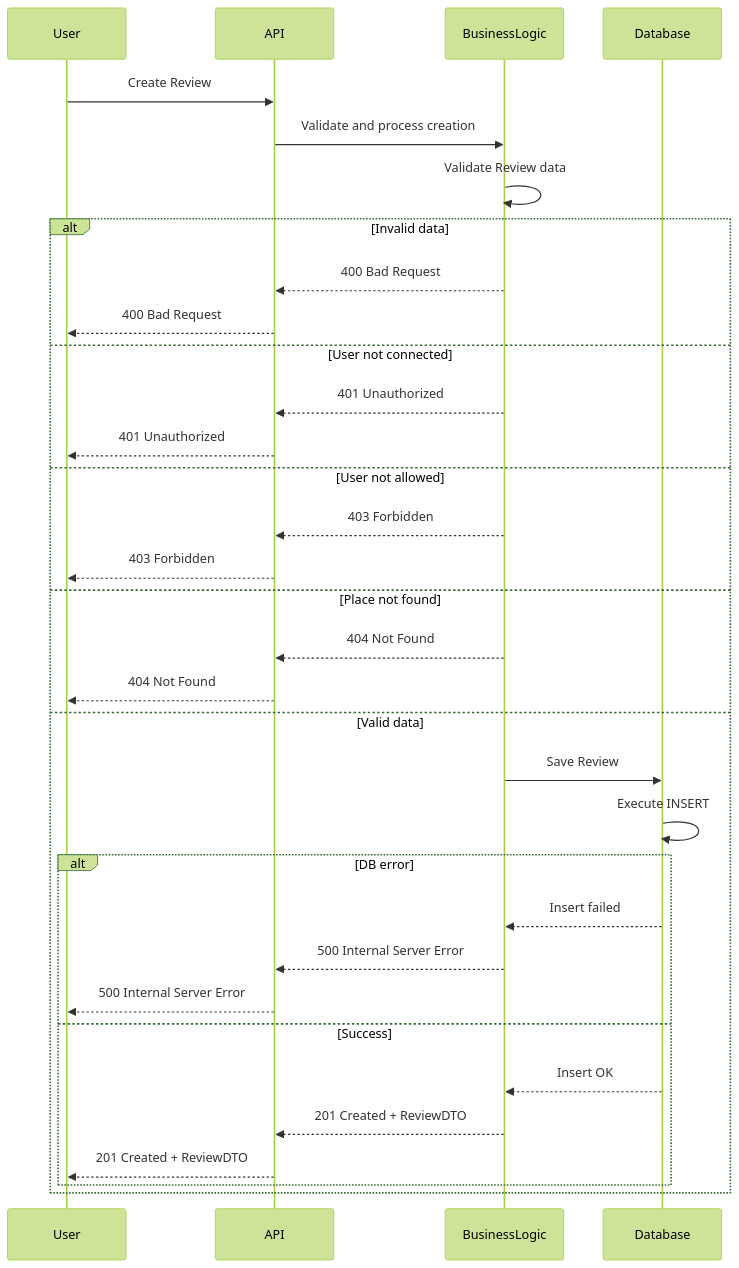
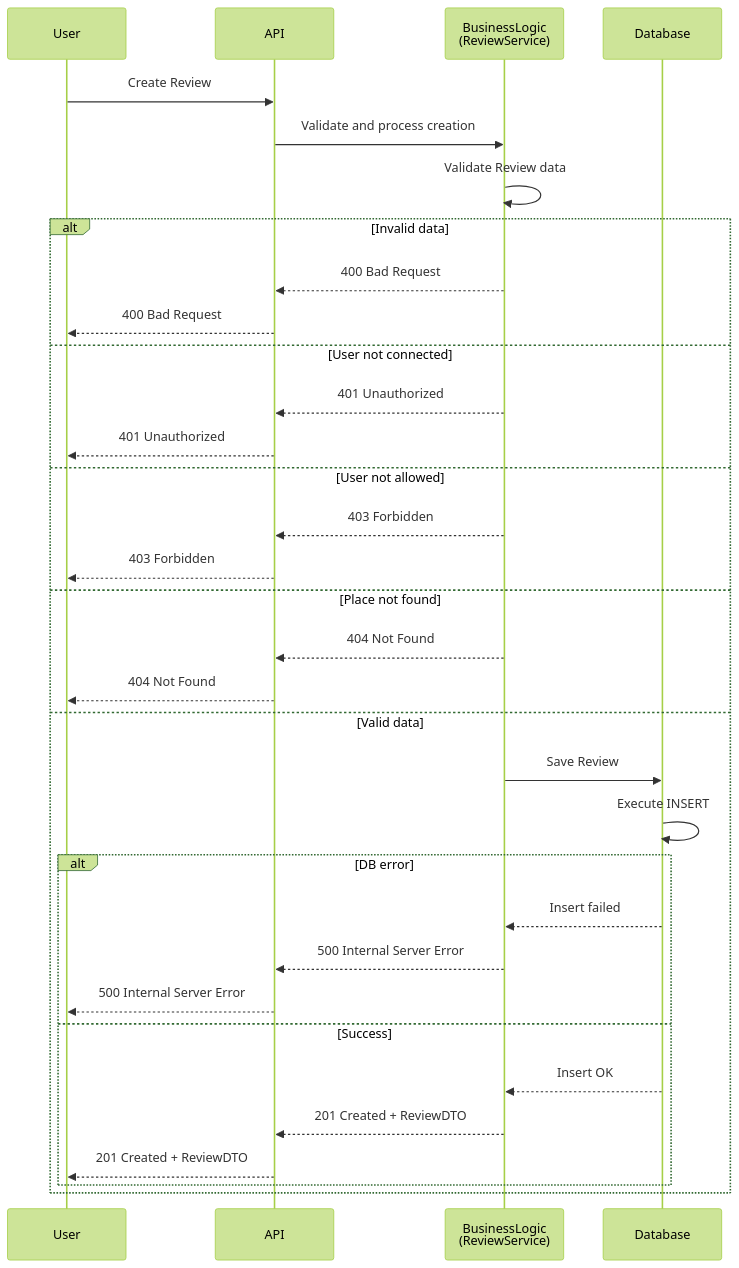
The third of 4 diagrams in part1/SequenceDiagrams.md (AdeleM-prog/holbertonschool-hbnb), drawn with Mermaid (forest theme) before and after one commit. The commit also changed other lines of this file, not shown here.

Commit message:
Refactor sequence diagrams for clarity and consistency

````diff
--- a/part1/SequenceDiagrams.md
+++ b/part1/SequenceDiagrams.md
@@ -125,43 +125,43 @@
 ```mermaid
 sequenceDiagram
 participant User
 participant API
-participant BusinessLogic
-participant Database
+participant BL as BusinessLogic<br/>(ReviewService)
+participant DB as Database
 
 User->>API: Create Review
-API->>BusinessLogic: Validate and process creation
-BusinessLogic->>BusinessLogic: Validate Review data
+API->>BL: Validate and process creation
+BL->>BL: Validate Review data
 
 alt Invalid data
-    BusinessLogic-->>API: 400 Bad Request
+    BL-->>API: 400 Bad Request
     API-->>User: 400 Bad Request
 
 else User not connected
-    BusinessLogic-->>API: 401 Unauthorized
+    BL-->>API: 401 Unauthorized
     API-->>User: 401 Unauthorized
 
 else User not allowed
-    BusinessLogic-->>API: 403 Forbidden
+    BL-->>API: 403 Forbidden
     API-->>User: 403 Forbidden
 
 else Place not found
-    BusinessLogic-->>API: 404 Not Found
+    BL-->>API: 404 Not Found
     API-->>User: 404 Not Found
 
 else Valid data
-    BusinessLogic->>Database: Save Review
-    Database->>Database: Execute INSERT
+    BL->>DB: Save Review
+    DB->>DB: Execute INSERT
 
     alt DB error
-        Database-->>BusinessLogic: Insert failed
-        BusinessLogic-->>API: 500 Internal Server Error
+        DB-->>BL: Insert failed
+        BL-->>API: 500 Internal Server Error
         API-->>User: 500 Internal Server Error
     
     else Success
-        Database-->>BusinessLogic: Insert OK
-        BusinessLogic-->>API: 201 Created + ReviewDTO
+        DB-->>BL: Insert OK
+        BL-->>API: 201 Created + ReviewDTO
         API-->>User: 201 Created + ReviewDTO
     end
 end
 ```
````
